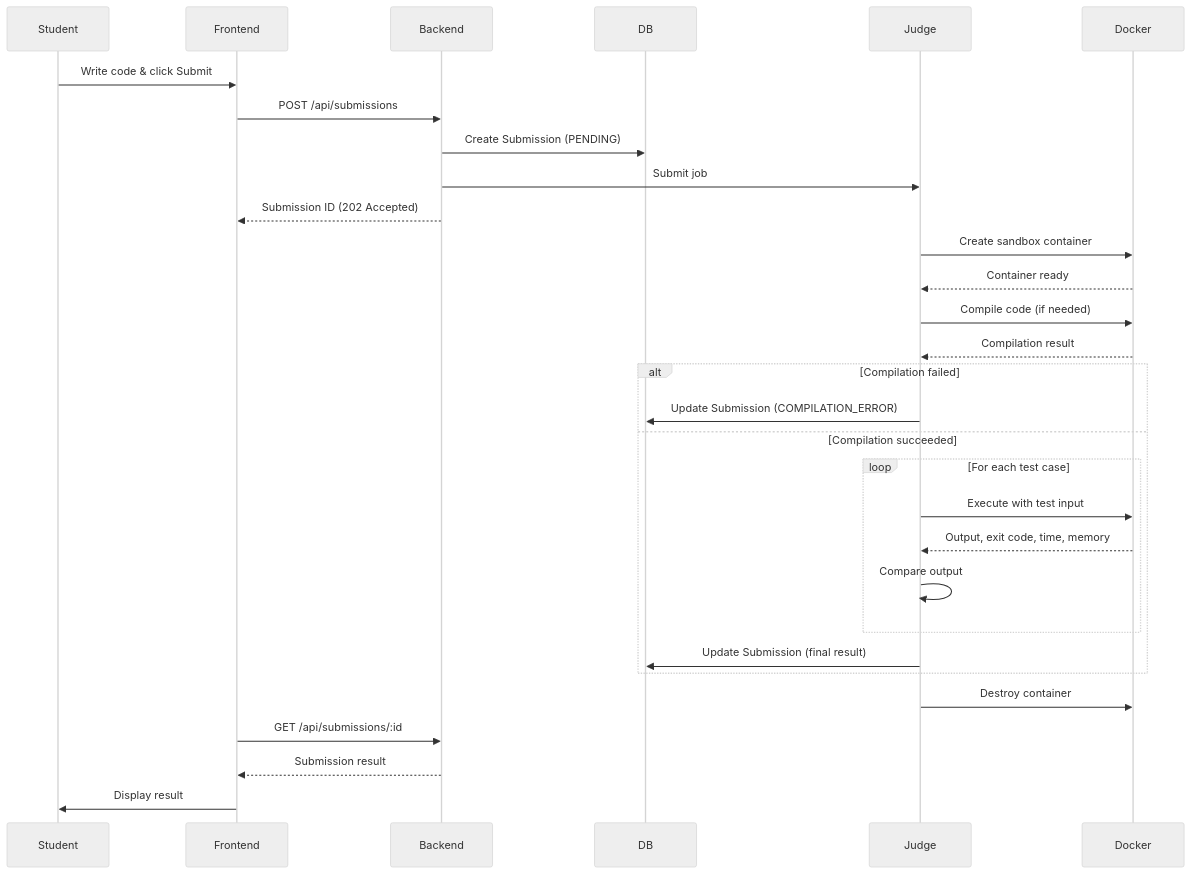
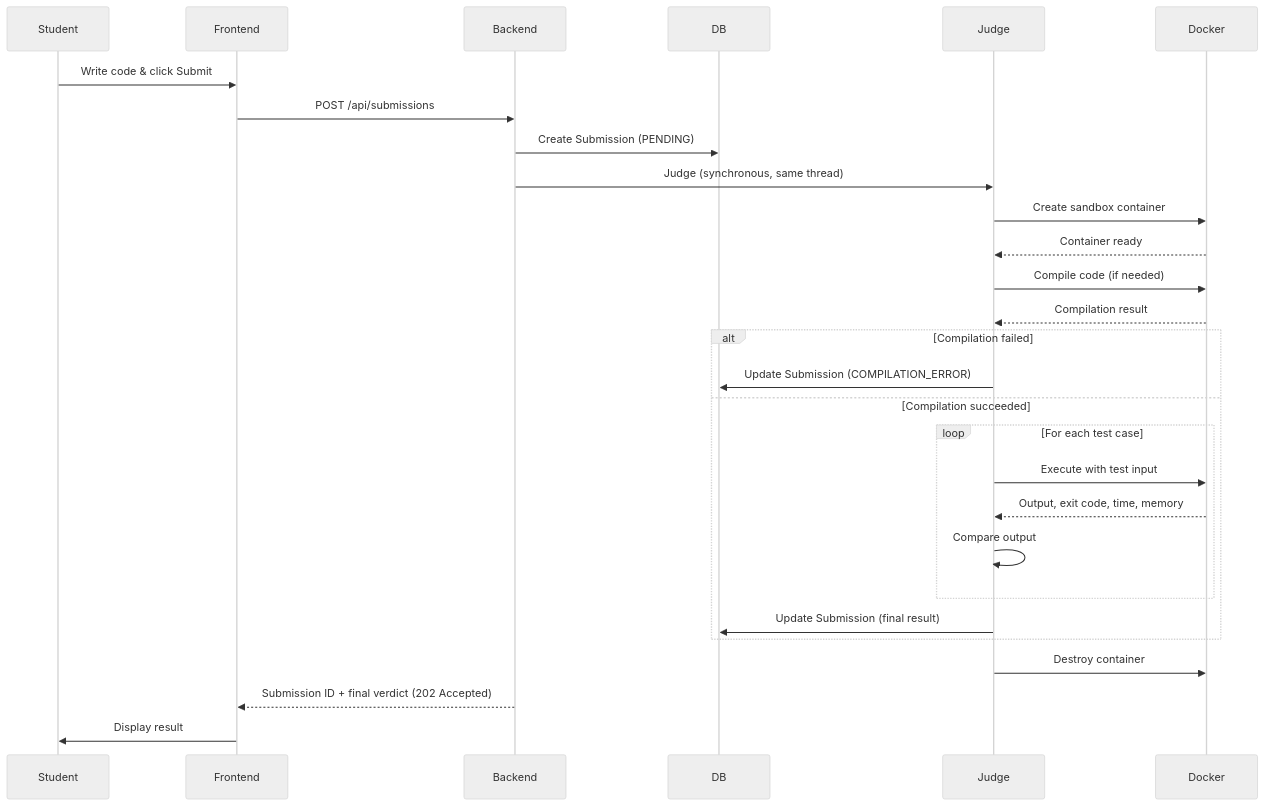
The third of 4 diagrams in docs/ARCHITECTURE.md (amansingh1207/Sitare_Coding_Platform), drawn with Mermaid (neutral theme) before and after one commit. The commit also changed other lines of this file and 7 other files, not shown here.

````diff
--- a/docs/ARCHITECTURE.md
+++ b/docs/ARCHITECTURE.md
@@ -226,37 +231,35 @@
 ```mermaid
 sequenceDiagram
     participant Student
     participant Frontend
     participant Backend
     participant DB
     participant Judge
     participant Docker
 
     Student->>Frontend: Write code & click Submit
     Frontend->>Backend: POST /api/submissions
     Backend->>DB: Create Submission (PENDING)
-    Backend->>Judge: Submit job
-    Backend-->>Frontend: Submission ID (202 Accepted)
+    Backend->>Judge: Judge (synchronous, same thread)
 
     Judge->>Docker: Create sandbox container
     Docker-->>Judge: Container ready
 
     Judge->>Docker: Compile code (if needed)
     Docker-->>Judge: Compilation result
 
     alt Compilation failed
         Judge->>DB: Update Submission (COMPILATION_ERROR)
     else Compilation succeeded
         loop For each test case
             Judge->>Docker: Execute with test input
             Docker-->>Judge: Output, exit code, time, memory
             Judge->>Judge: Compare output
         end
         Judge->>DB: Update Submission (final result)
     end
 
     Judge->>Docker: Destroy container
-    Frontend->>Backend: GET /api/submissions/:id
-    Backend-->>Frontend: Submission result
+    Backend-->>Frontend: Submission ID + final verdict (202 Accepted)
     Frontend->>Student: Display result
 ```
````
